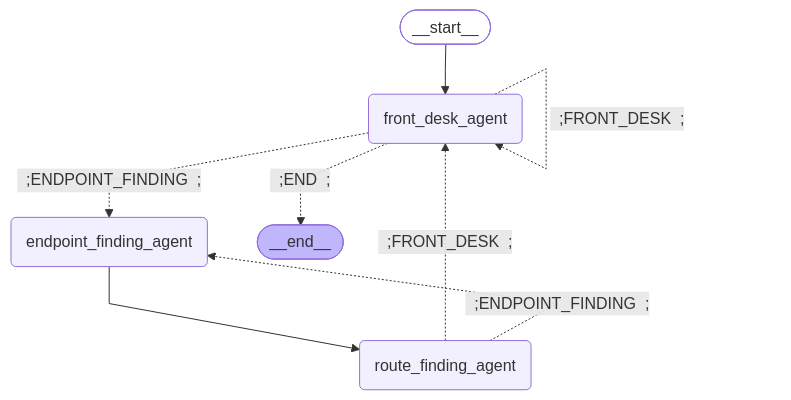
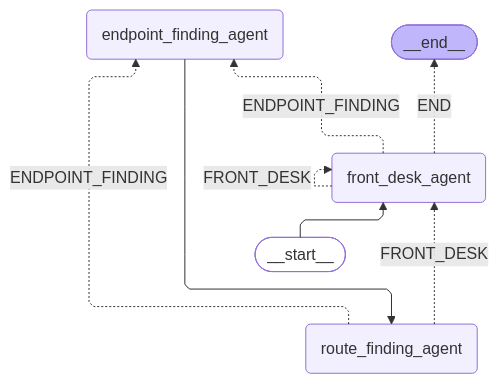
One commit to couchbaselabs/agent-catalog changed the diagram in examples/with_langgraph/README.md. Above: the diagram before and after it, drawn with Mermaid. The commit also changed 59 other files, not shown here.

````diff
--- a/examples/with_langgraph/README.md
+++ b/examples/with_langgraph/README.md
@@ -21,20 +21,20 @@
 ```mermaid
-%%{init: {'flowchart': {'curve': 'linear'}}}%%
-graph TD
+%%{init: {'flowchart': {'curve': 'linear', 'defaultRenderer': 'elk'}}}%%
+graph BT
 ;
     __start__([<p>__start__</p>]):::first
     front_desk_agent(front_desk_agent)
     endpoint_finding_agent(endpoint_finding_agent)
     route_finding_agent(route_finding_agent)
     __end__([<p>__end__</p>]):::last
     __start__ --> front_desk_agent;
     endpoint_finding_agent --> route_finding_agent;
-    front_desk_agent -. &nbsp ;ENDPOINT_FINDING&nbsp ; .-> endpoint_finding_agent;
-front_desk_agent -. &nbsp ;END&nbsp ; .-> __end__;
-route_finding_agent -. &nbsp ;FRONT_DESK&nbsp ; .-> front_desk_agent;
-route_finding_agent -. &nbsp ;ENDPOINT_FINDING&nbsp ; .-> endpoint_finding_agent;
-front_desk_agent -. &nbsp ;FRONT_DESK&nbsp ; .-> front_desk_agent;
+    front_desk_agent -. ENDPOINT_FINDING .-> endpoint_finding_agent;
+front_desk_agent -. END .-> __end__;
+route_finding_agent -. FRONT_DESK .-> front_desk_agent;
+route_finding_agent -. ENDPOINT_FINDING .-> endpoint_finding_agent;
+front_desk_agent -. FRONT_DESK .-> front_desk_agent;
 classDef default fill:#f2f0ff, line-height: 1.2
 classDef first fill-opacity:0
 classDef last fill: #bfb6fc
 ```
````
